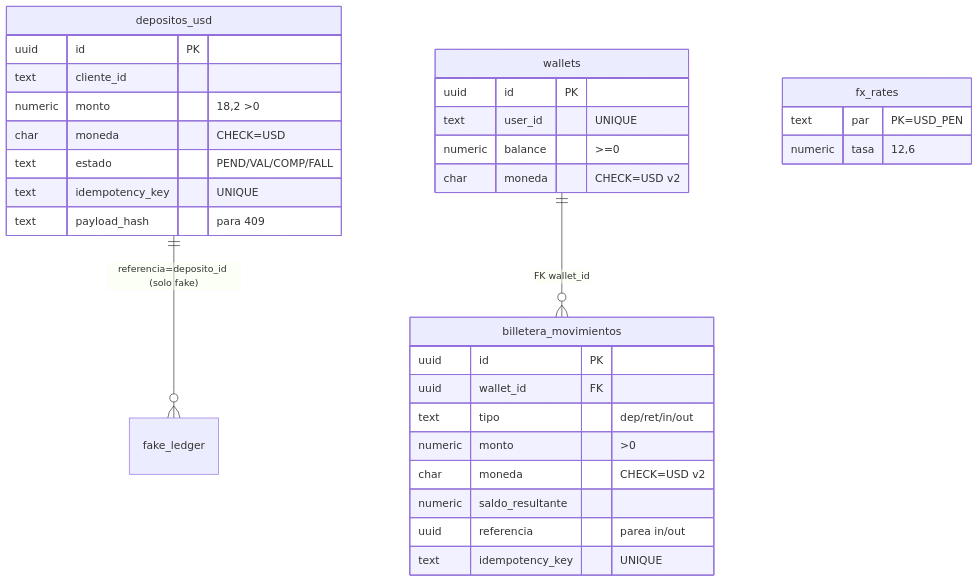
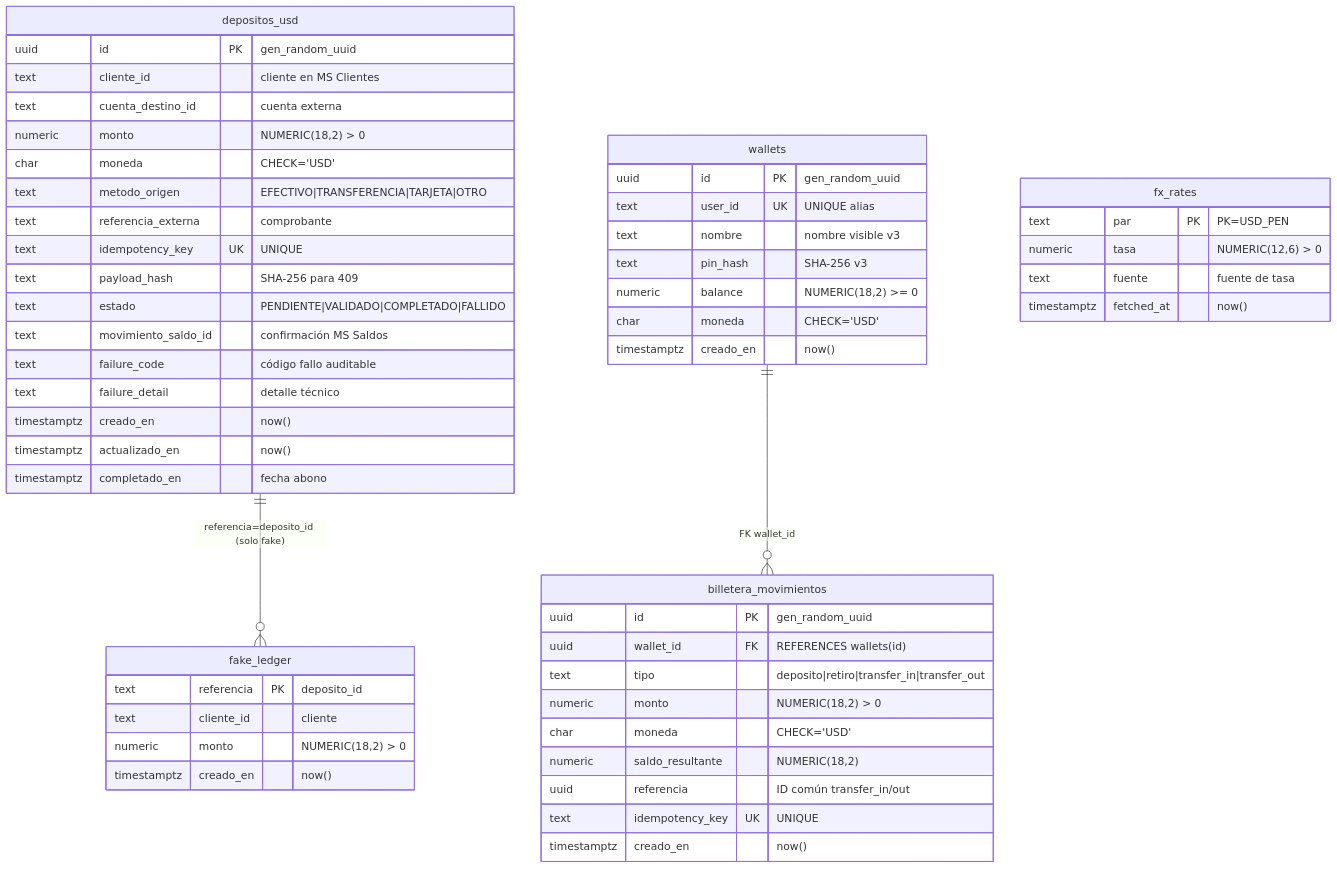
The third of 5 diagrams in specs/001-billetera-usd/06_ARQUITECTURA_Y_FLUJOS.md (Sebitafx/dolara-billetera-usd), drawn with Mermaid before and after one commit. The commit also changed other lines of this file and 2 other files, not shown here.

Commit message:
docs(specs): agregar documento 07 con casos de usuario BDD, diagrama ERD completo, diagramas de estado/secuencia y estandares de ingenieria

````diff
--- a/specs/001-billetera-usd/06_ARQUITECTURA_Y_FLUJOS.md
+++ b/specs/001-billetera-usd/06_ARQUITECTURA_Y_FLUJOS.md
@@ -91,34 +93,55 @@
 ```mermaid
 erDiagram
   depositos_usd ||--o{ fake_ledger : "referencia=deposito_id (solo fake)"
   wallets ||--o{ billetera_movimientos : "FK wallet_id"
   depositos_usd {
-    uuid id PK
-    text cliente_id
-    numeric monto "18,2 >0"
-    char moneda "CHECK=USD"
-    text estado "PEND/VAL/COMP/FALL"
-    text idempotency_key "UNIQUE"
-    text payload_hash "para 409"
+    uuid id PK "gen_random_uuid"
+    text cliente_id "cliente en MS Clientes"
+    text cuenta_destino_id "cuenta externa"
+    numeric monto "NUMERIC(18,2) > 0"
+    char moneda "CHECK='USD'"
+    text metodo_origen "EFECTIVO|TRANSFERENCIA|TARJETA|OTRO"
+    text referencia_externa "comprobante"
+    text idempotency_key UK "UNIQUE"
+    text payload_hash "SHA-256 para 409"
+    text estado "PENDIENTE|VALIDADO|COMPLETADO|FALLIDO"
+    text movimiento_saldo_id "confirmación MS Saldos"
+    text failure_code "código fallo auditable"
+    text failure_detail "detalle técnico"
+    timestamptz creado_en "now()"
+    timestamptz actualizado_en "now()"
+    timestamptz completado_en "fecha abono"
   }
   wallets {
-    uuid id PK
-    text user_id "UNIQUE"
-    numeric balance ">=0"
-    char moneda "CHECK=USD v2"
+    uuid id PK "gen_random_uuid"
+    text user_id UK "UNIQUE alias"
+    text nombre "nombre visible v3"
+    text pin_hash "SHA-256 v3"
+    numeric balance "NUMERIC(18,2) >= 0"
+    char moneda "CHECK='USD'"
+    timestamptz creado_en "now()"
   }
   billetera_movimientos {
-    uuid id PK
-    uuid wallet_id FK
-    text tipo "dep/ret/in/out"
-    numeric monto ">0"
-    char moneda "CHECK=USD v2"
-    numeric saldo_resultante
-    uuid referencia "parea in/out"
-    text idempotency_key "UNIQUE"
+    uuid id PK "gen_random_uuid"
+    uuid wallet_id FK "REFERENCES wallets(id)"
+    text tipo "deposito|retiro|transfer_in|transfer_out"
+    numeric monto "NUMERIC(18,2) > 0"
+    char moneda "CHECK='USD'"
+    numeric saldo_resultante "NUMERIC(18,2)"
+    uuid referencia "ID común transfer_in/out"
+    text idempotency_key UK "UNIQUE"
+    timestamptz creado_en "now()"
+  }
+  fake_ledger {
+    text referencia PK "deposito_id"
+    text cliente_id "cliente"
+    numeric monto "NUMERIC(18,2) > 0"
+    timestamptz creado_en "now()"
   }
   fx_rates {
-    text par "PK=USD_PEN"
-    numeric tasa "12,6"
+    text par PK "PK=USD_PEN"
+    numeric tasa "NUMERIC(12,6) > 0"
+    text fuente "fuente de tasa"
+    timestamptz fetched_at "now()"
   }
 ```
````
